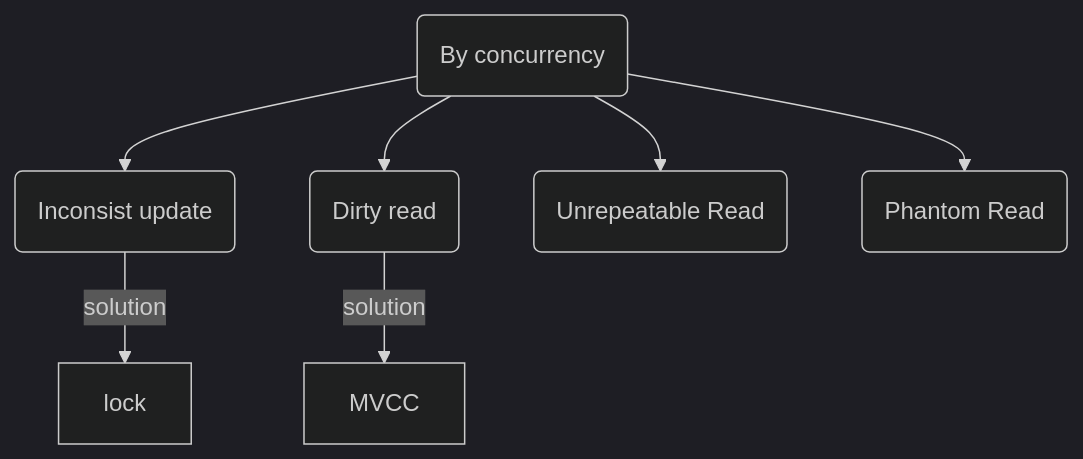
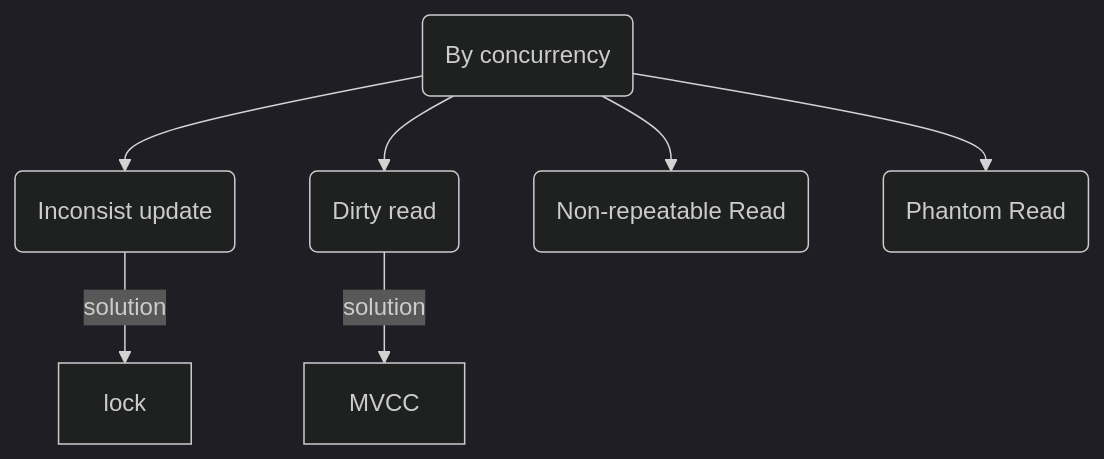
One commit to chengr4/all-about-Database changed the diagram in README.md. Above: the diagram before and after it, drawn with Mermaid (dark theme). The commit also changed other lines of this file and 1 other file, not shown here.

````diff
--- a/README.md
+++ b/README.md
@@ -23,14 +23,14 @@
 ```mermaid
 flowchart TD
   idPb("By concurrency")
   id1("Inconsist update")
   id2("Dirty read")
-  id3("Unrepeatable Read")
+  id3("Non-repeatable Read")
   id4("Phantom Read")
   idPb --> id1
   idPb --> id2
   idPb --> id3
   idPb --> id4
   id1 -->|solution| lock
   id2 -->|solution| MVCC 
 ```
````
